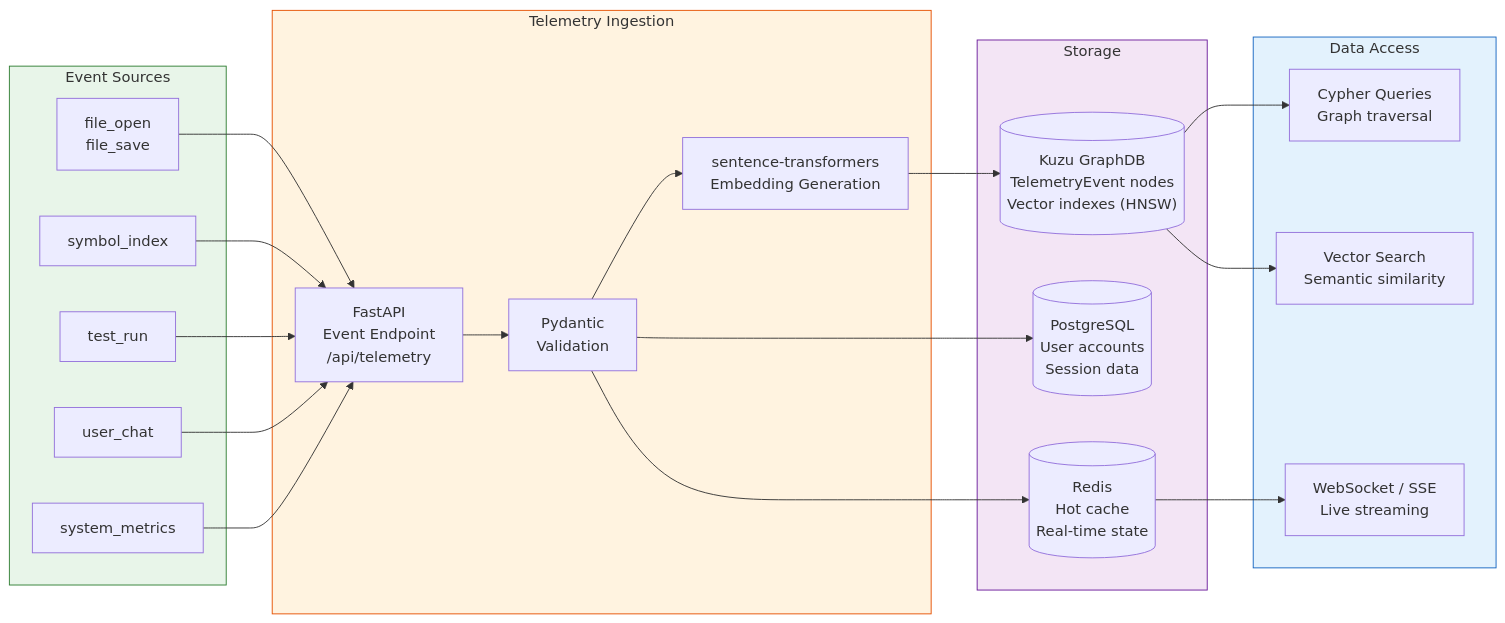
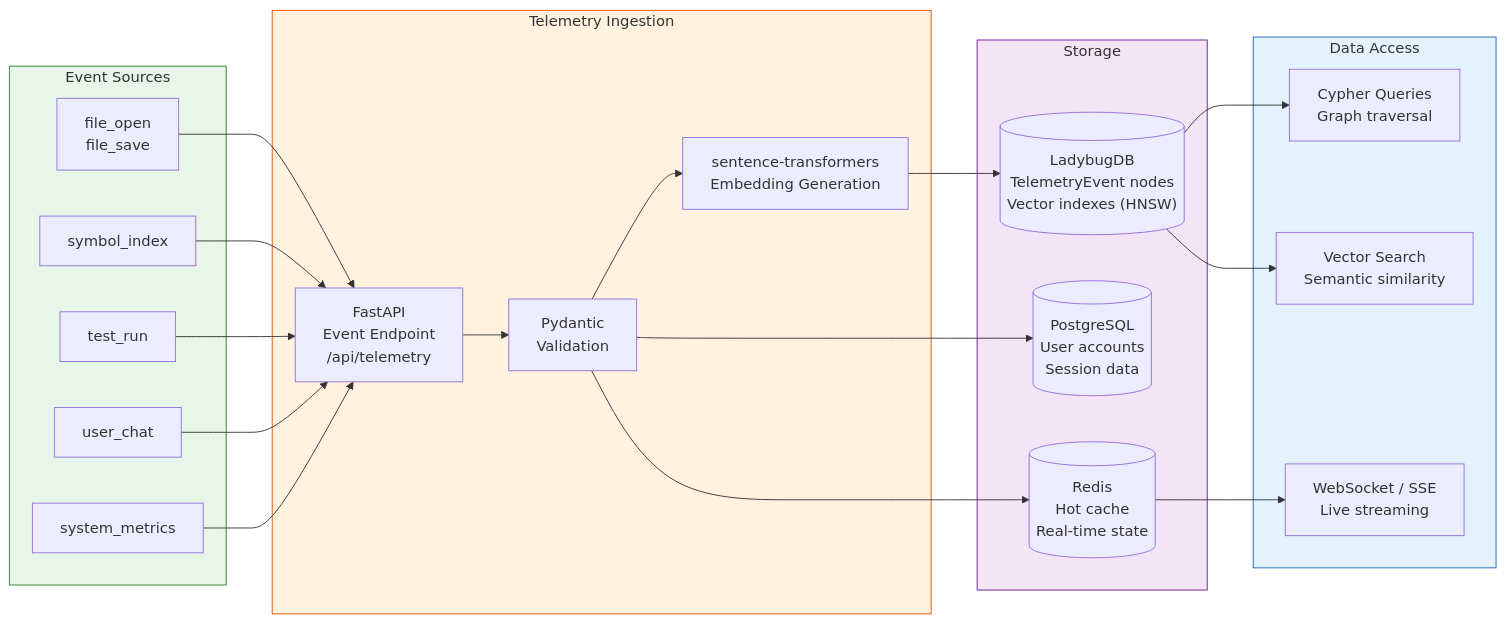
Before and after one commit to elementalcollision/GraphMemory-IDE: the third of 6 diagrams in docs/architecture/ARCHITECTURE_OVERVIEW.md, drawn with Mermaid. The commit also changed other lines of this file and 120 other files, not shown here.

First line of the commit message:
Kuzu → LadybugDB migration (Phases 0–9 + follow-up) (#4)

````diff
--- a/docs/architecture/ARCHITECTURE_OVERVIEW.md
+++ b/docs/architecture/ARCHITECTURE_OVERVIEW.md
@@ -156,43 +156,43 @@
 ```mermaid
 flowchart LR
     subgraph sources["Event Sources"]
         FILE_EVT["file_open\nfile_save"]
         SYMBOL["symbol_index"]
         TEST["test_run"]
         CHAT["user_chat"]
         SYS["system_metrics"]
     end
 
     subgraph ingestion["Telemetry Ingestion"]
         INGEST["FastAPI\nEvent Endpoint\n/api/telemetry"]
         VALIDATE["Pydantic\nValidation"]
         EMBED["sentence-transformers\nEmbedding Generation"]
     end
 
     subgraph storage["Storage"]
-        KUZU_STORE[("Kuzu GraphDB\nTelemetryEvent nodes\nVector indexes (HNSW)")]
+        LADYBUG_STORE[("LadybugDB\nTelemetryEvent nodes\nVector indexes (HNSW)")]
         PG_STORE[("PostgreSQL\nUser accounts\nSession data")]
         REDIS_STORE[("Redis\nHot cache\nReal-time state")]
     end
 
     subgraph access["Data Access"]
         CYPHER["Cypher Queries\nGraph traversal"]
         VECTOR_SEARCH["Vector Search\nSemantic similarity"]
         STREAM["WebSocket / SSE\nLive streaming"]
     end
 
     FILE_EVT & SYMBOL & TEST & CHAT & SYS --> INGEST
     INGEST --> VALIDATE --> EMBED
-    EMBED --> KUZU_STORE
+    EMBED --> LADYBUG_STORE
     VALIDATE --> PG_STORE
     VALIDATE --> REDIS_STORE
 
-    KUZU_STORE --> CYPHER
-    KUZU_STORE --> VECTOR_SEARCH
+    LADYBUG_STORE --> CYPHER
+    LADYBUG_STORE --> VECTOR_SEARCH
     REDIS_STORE --> STREAM
 
     style sources fill:#e8f5e9,stroke:#2e7d32
     style ingestion fill:#fff3e0,stroke:#e65100
     style storage fill:#f3e5f5,stroke:#6a1b9a
     style access fill:#e3f2fd,stroke:#1565c0
 ```
````
